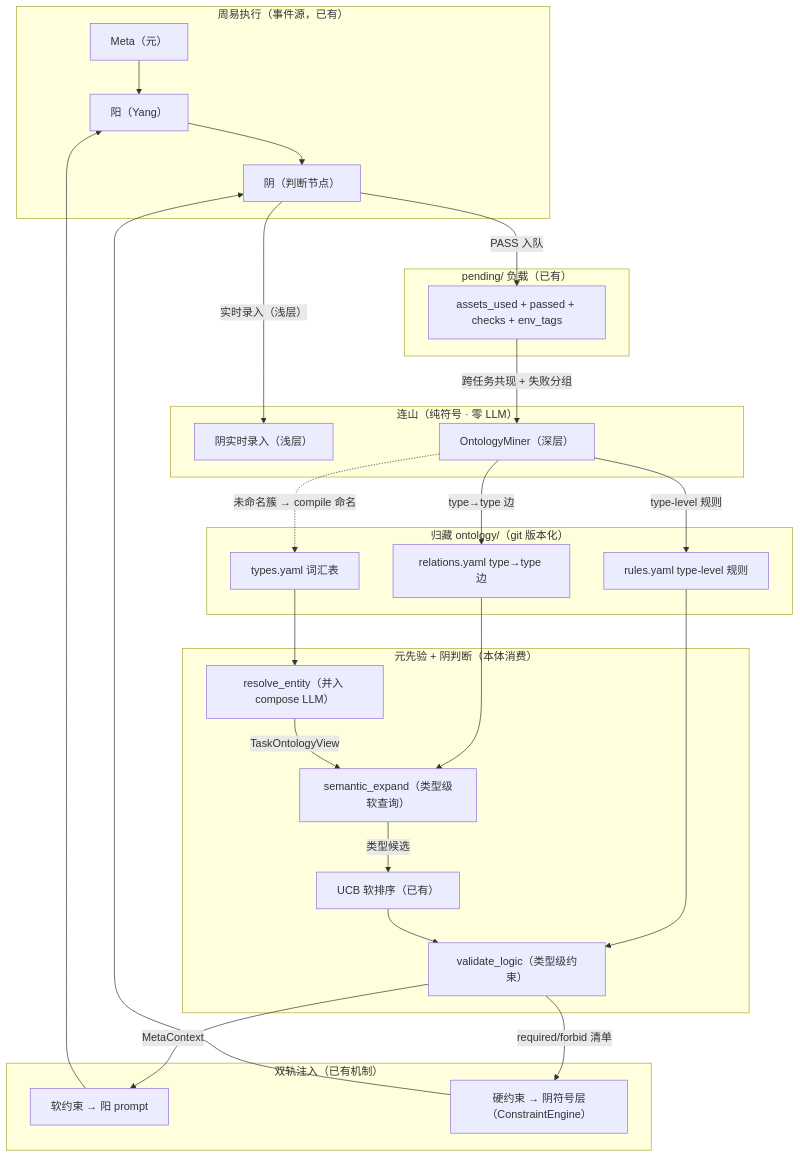
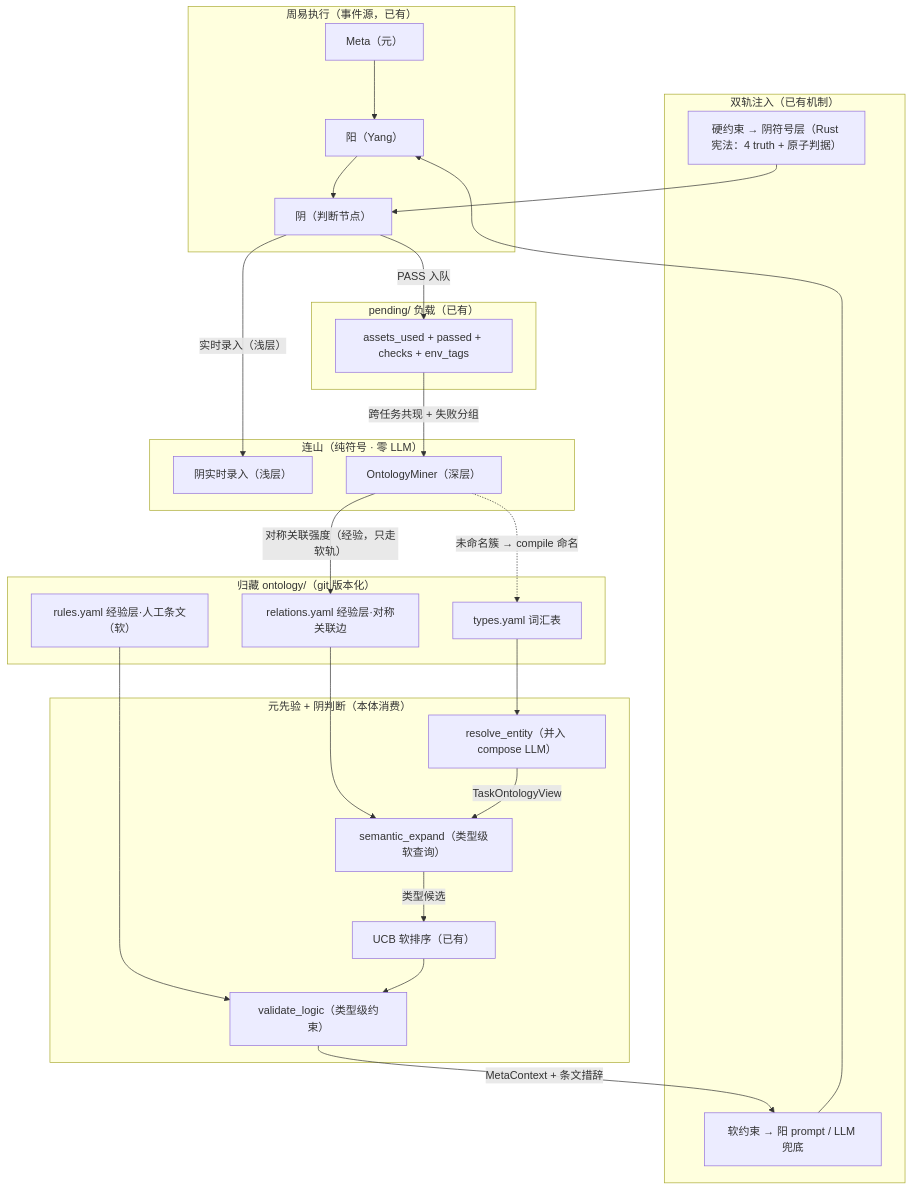
Diagram 15 of 19 in Blueprint.md (wenge6090-tech/taiji), drawn with Mermaid before and after one commit. The commit also changed other lines of this file and 17 other files, not shown here.

````diff
--- a/Blueprint.md
+++ b/Blueprint.md
@@ -795,44 +938,42 @@
 ```mermaid
 flowchart TD
     subgraph ZHOUYI["周易执行（事件源，已有）"]
         META["Meta（元）"] --> YANG["阳（Yang）"] --> YIN["阴（判断节点）"]
     end
     subgraph PENDING["pending/ 负载（已有）"]
         AU["assets_used + passed + checks + env_tags"]
     end
     subgraph LIANSHAN["连山（纯符号 · 零 LLM）"]
         BP["阴实时录入（浅层）"]
         MINER["OntologyMiner（深层）"]
     end
     subgraph ONTOLOGY["归藏 ontology/（git 版本化）"]
         TYPES["types.yaml 词汇表"]
-        REL["relations.yaml type→type 边"]
-        RUL["rules.yaml type-level 规则"]
+        REL["relations.yaml 经验层·对称关联边"]
+        RUL["rules.yaml 经验层·人工条文（软）"]
     end
     subgraph BRAIN["元先验 + 阴判断（本体消费）"]
         RES["resolve_entity（并入 compose LLM）"]
         EXP["semantic_expand（类型级软查询）"]
         UCB["UCB 软排序（已有）"]
         VAL["validate_logic（类型级约束）"]
     end
     subgraph INJECT["双轨注入（已有机制）"]
-        SOFT["软约束 → 阳 prompt"]
-        HARD["硬约束 → 阴符号层（ConstraintEngine）"]
+        SOFT["软约束 → 阳 prompt / LLM 兜底"]
+        HARD["硬约束 → 阴符号层（Rust 宪法：4 truth + 原子判据）"]
     end
     YIN -->|"实时录入（浅层）"| BP
     YIN -->|"PASS 入队"| AU
     AU -->|"跨任务共现 + 失败分组"| MINER
-    MINER -->|type→type 边| REL
-    MINER -->|type-level 规则| RUL
+    MINER -->|对称关联强度（经验，只走软轨）| REL
     MINER -.->|未命名簇 → compile 命名| TYPES
     TYPES --> RES
     REL --> EXP
     RUL --> VAL
     RES -->|TaskOntologyView| EXP
     EXP -->|类型候选| UCB
     UCB --> VAL
-    VAL -->|MetaContext| SOFT
-    VAL -->|required/forbid 清单| HARD
+    VAL -->|MetaContext + 条文措辞| SOFT
     SOFT --> YANG
     HARD --> YIN
 ```
````
